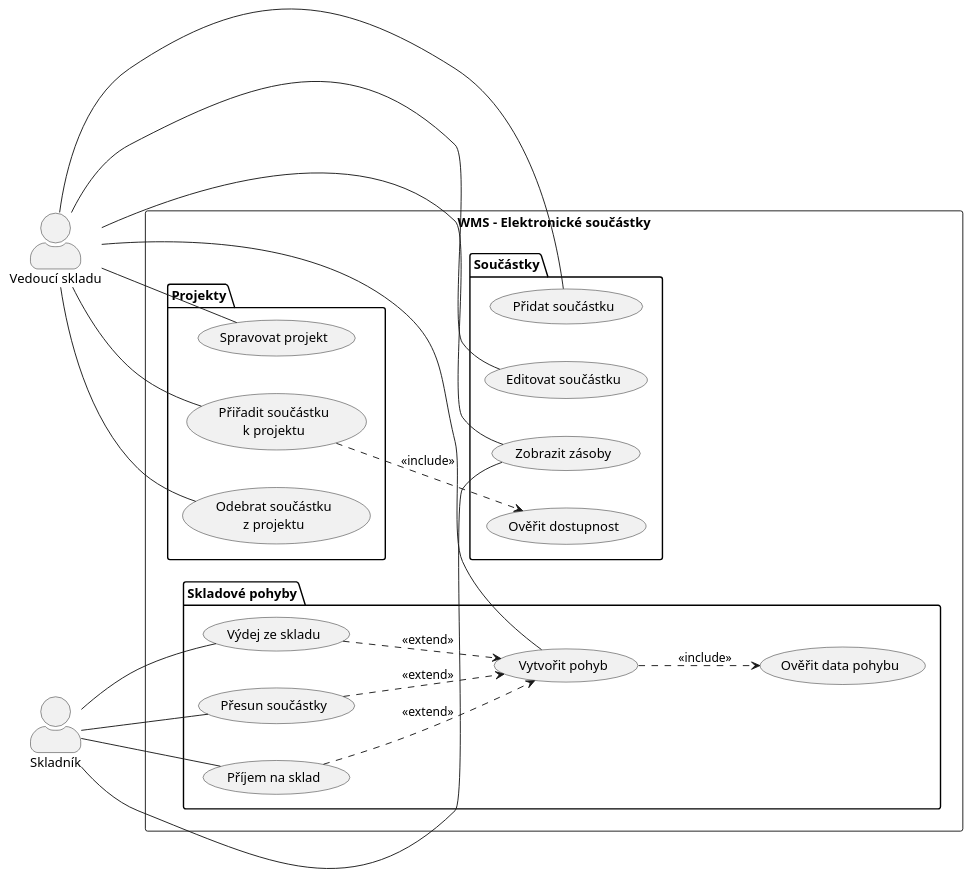
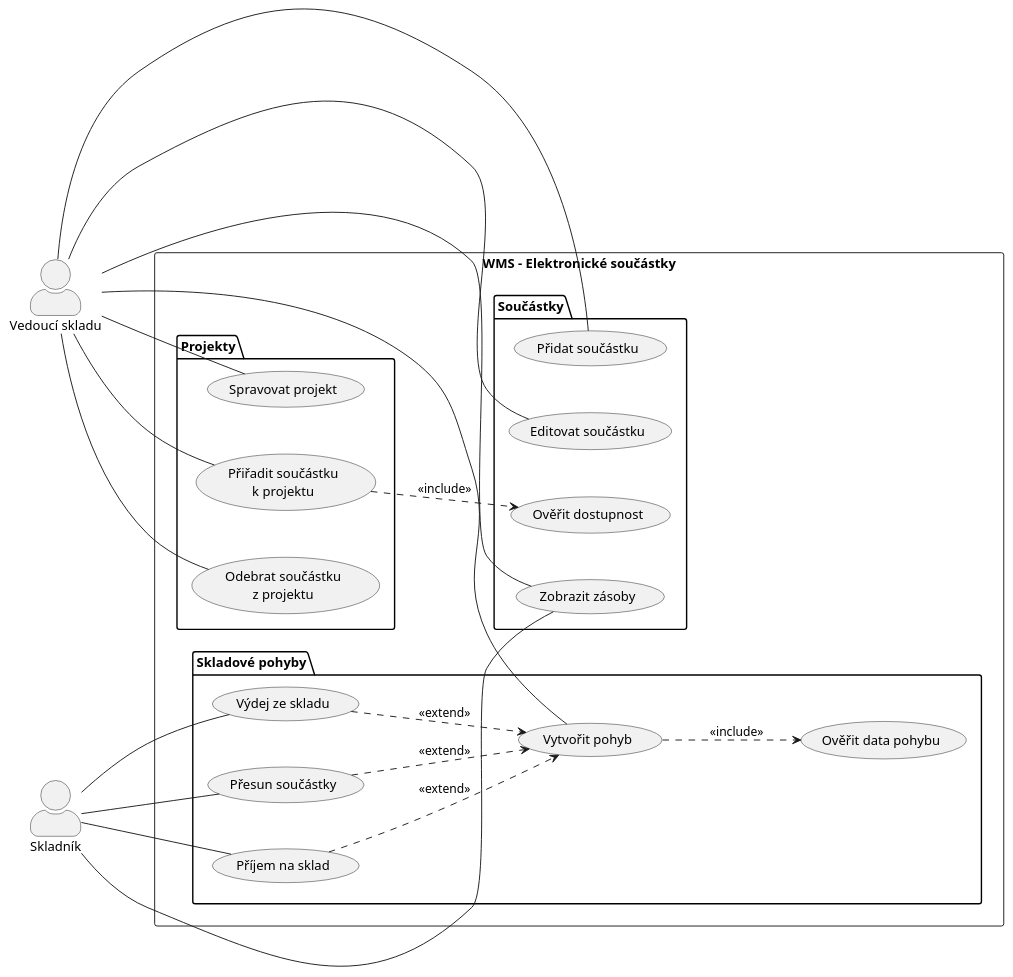
The diagram in diagrams/01_use_case.puml (lkvapil/kOdevzdaniProjektWMS), drawn with PlantUML before and after one commit. The commit also changed 1 other file, not shown here.

```diff
--- a/diagrams/01_use_case.puml
+++ b/diagrams/01_use_case.puml
@@ -1,59 +1,59 @@
 @startuml 01_use_case
 left to right direction
 skinparam actorStyle awesome
-skinparam nodesep 40
-skinparam ranksep 60
+skinparam nodesep 50
+skinparam ranksep 80
 
 actor "Vedoucí skladu" as Vedouci
 actor "Skladník" as Skladnik
 
 rectangle "WMS – Elektronické součástky" {
 
-  package "Projekty" {
-    usecase "Spravovat projekt" as UC_PROJEKT
-    usecase "Přiřadit součástku\nk projektu" as UC_PRIRADIT
-    usecase "Odebrat součástku\nz projektu" as UC_ODEBRAT
+  package "Skladové pohyby" {
+    usecase "Příjem na sklad" as UC_PRIJEM
+    usecase "Výdej ze skladu" as UC_VYDEJ
+    usecase "Přesun součástky" as UC_PRESUN
+    usecase "Vytvořit pohyb" as UC_POHYB
+    usecase "Ověřit data pohybu" as UC_OVERIT
   }
 
   package "Součástky" {
     usecase "Přidat součástku" as UC_ADD
     usecase "Editovat součástku" as UC_EDIT
     usecase "Zobrazit zásoby" as UC_ZASOBY
     usecase "Ověřit dostupnost" as UC_DOSTUPNOST
   }
 
-  package "Skladové pohyby" {
-    usecase "Vytvořit pohyb" as UC_POHYB
-    usecase "Ověřit data pohybu" as UC_OVERIT
-    usecase "Příjem na sklad" as UC_PRIJEM
-    usecase "Výdej ze skladu" as UC_VYDEJ
-    usecase "Přesun součástky" as UC_PRESUN
+  package "Projekty" {
+    usecase "Spravovat projekt" as UC_PROJEKT
+    usecase "Přiřadit součástku\nk projektu" as UC_PRIRADIT
+    usecase "Odebrat součástku\nz projektu" as UC_ODEBRAT
   }
 
 }
 
-' Vedoucí skladu – horní aktér
+' Vedoucí skladu
+Vedouci -- UC_POHYB
+Vedouci -- UC_ADD
+Vedouci -- UC_EDIT
+Vedouci -- UC_ZASOBY
 Vedouci -- UC_PROJEKT
 Vedouci -- UC_PRIRADIT
 Vedouci -- UC_ODEBRAT
-Vedouci -- UC_ADD
-Vedouci -- UC_EDIT
-Vedouci -- UC_ZASOBY
-Vedouci -- UC_POHYB
 
-' Skladník – dolní aktér
+' Skladník
 Skladnik -- UC_PRIJEM
 Skladnik -- UC_VYDEJ
 Skladnik -- UC_PRESUN
 Skladnik -- UC_ZASOBY
 
 ' include
 UC_POHYB    ..> UC_OVERIT     : <<include>>
 UC_PRIRADIT ..> UC_DOSTUPNOST : <<include>>
 
 ' extend
 UC_PRIJEM ..> UC_POHYB : <<extend>>
 UC_VYDEJ  ..> UC_POHYB : <<extend>>
 UC_PRESUN ..> UC_POHYB : <<extend>>
 
 @enduml
```
